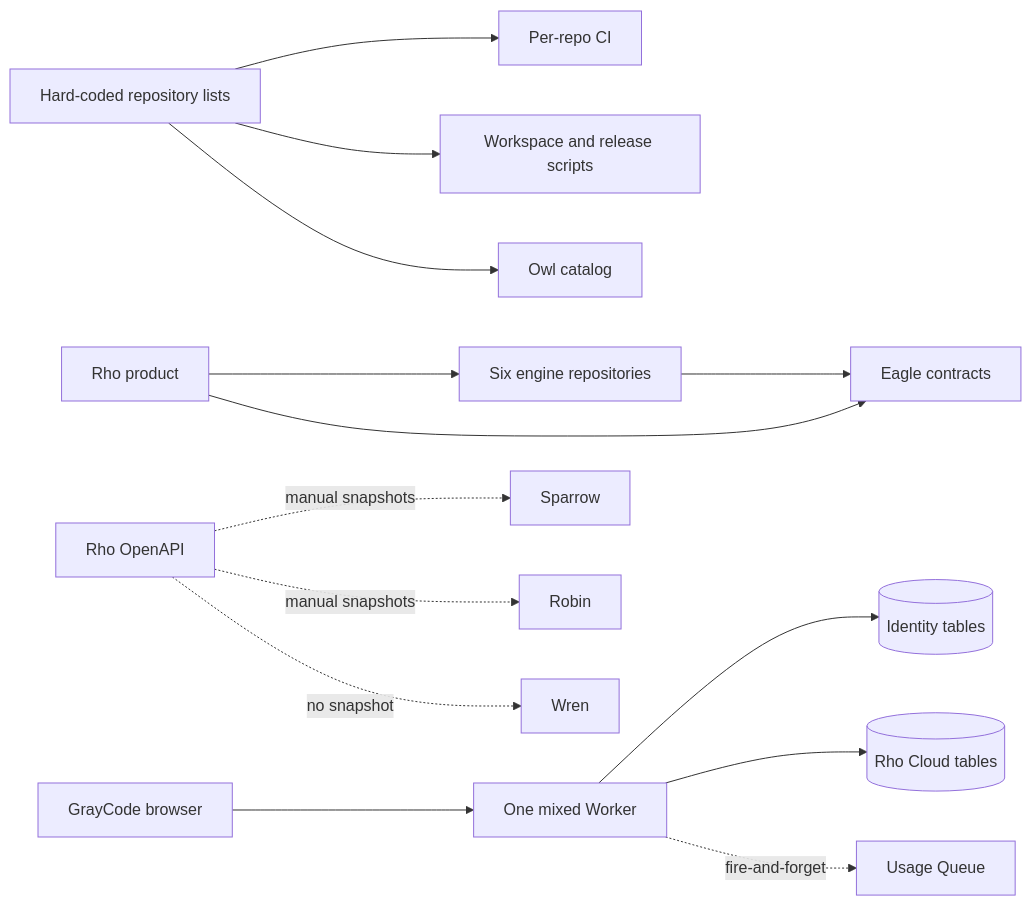
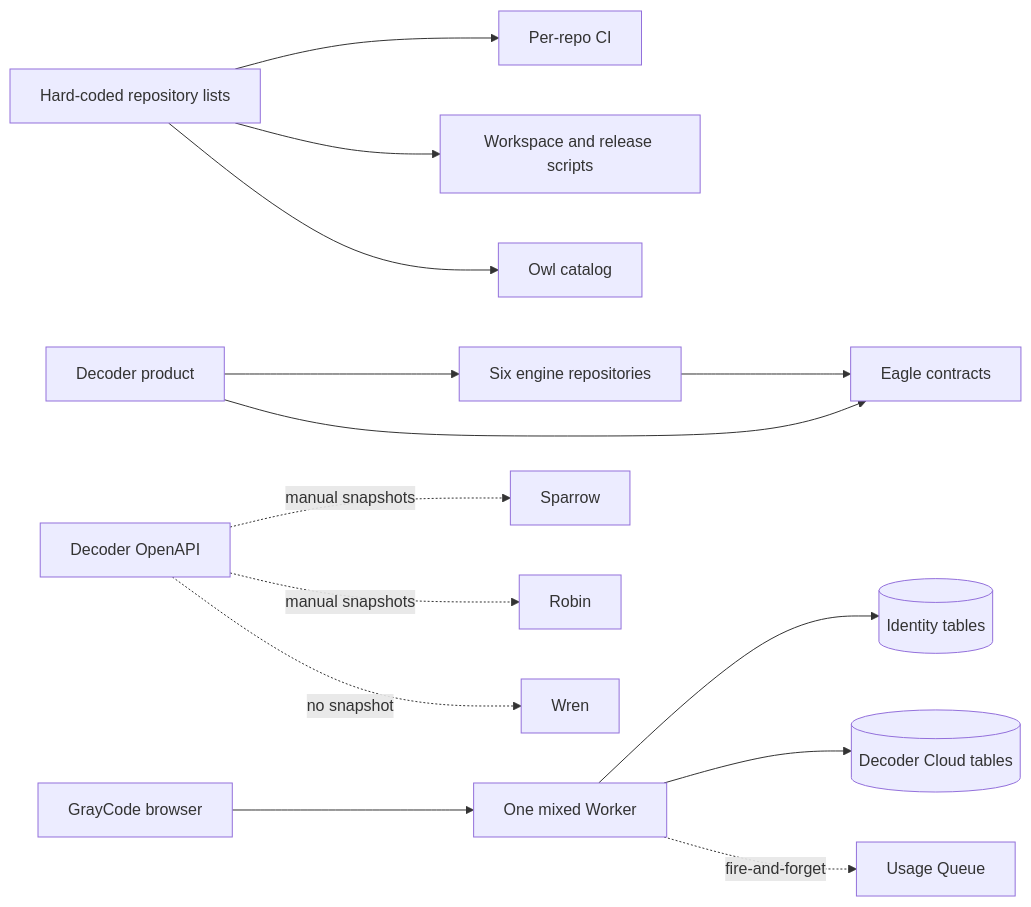
One commit to GrayCodeAI/reflect changed the first of 2 diagrams in docs/ECOSYSTEM-WIRING.md. Above: the diagram before and after it, drawn with Mermaid. The commit also changed other lines of this file and 1382 other files, not shown here.

Commit message:
refactor: rename Rho to Decoder and integrate renamed Mux

````diff
--- a/docs/ECOSYSTEM-WIRING.md
+++ b/docs/ECOSYSTEM-WIRING.md
@@ -15,19 +15,19 @@
 ```mermaid
 flowchart LR
   Lists[Hard-coded repository lists] --> CI[Per-repo CI]
   Lists --> Scripts[Workspace and release scripts]
   Lists --> Owl[Owl catalog]
 
-  Rho[Rho product] --> Engines[Six engine repositories]
+  Decoder[Decoder product] --> Engines[Six engine repositories]
   Engines --> Eagle[Eagle contracts]
-  Rho --> Eagle
+  Decoder --> Eagle
 
-  RhoSpec[Rho OpenAPI] -. manual snapshots .-> Sparrow
-  RhoSpec -. manual snapshots .-> Robin
-  RhoSpec -. no snapshot .-> Wren
+  DecoderSpec[Decoder OpenAPI] -. manual snapshots .-> Sparrow
+  DecoderSpec -. manual snapshots .-> Robin
+  DecoderSpec -. no snapshot .-> Wren
 
   Browser[GrayCode browser] --> Mixed[One mixed Worker]
   Mixed --> Identity[(Identity tables)]
-  Mixed --> Cloud[(Rho Cloud tables)]
+  Mixed --> Cloud[(Decoder Cloud tables)]
   Mixed -. fire-and-forget .-> Queue[Usage Queue]
 ```
````
